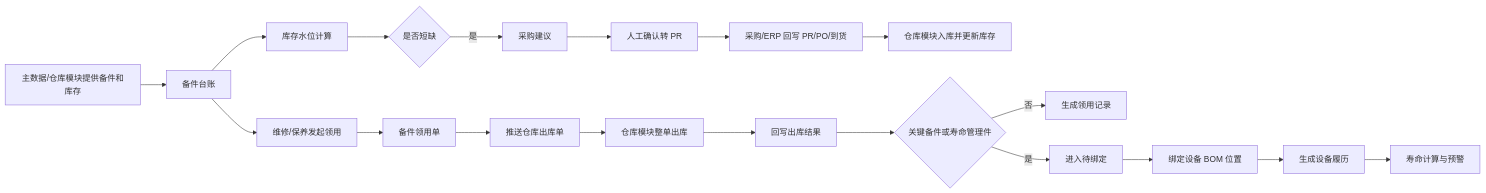
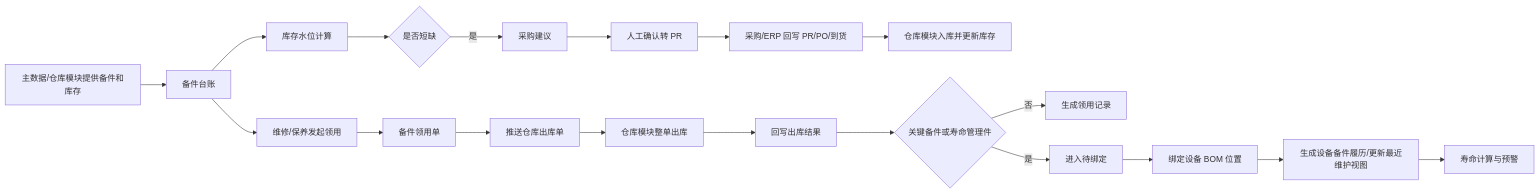
One commit to front-yummy/equipment-management-standard changed the diagram in 需求分析/05-备件管理.md. Above: the diagram before and after it, drawn with Mermaid. The commit also changed other lines of this file and 40 other files, not shown here.

````diff
--- a/需求分析/05-备件管理.md
+++ b/需求分析/05-备件管理.md
@@ -44,21 +45,21 @@
 ```mermaid
 flowchart LR
     A[主数据/仓库模块提供备件和库存] --> B[备件台账]
     B --> C[库存水位计算]
     C --> D{是否短缺}
     D -->|是| E[采购建议]
     E --> F[人工确认转 PR]
     F --> G[采购/ERP 回写 PR/PO/到货]
     G --> H[仓库模块入库并更新库存]
     B --> I[维修/保养发起领用]
     I --> J[备件领用单]
     J --> K[推送仓库出库单]
     K --> L[仓库模块整单出库]
     L --> M[回写出库结果]
     M --> N{关键备件或寿命管理件}
     N -->|否| O[生成领用记录]
     N -->|是| P[进入待绑定]
     P --> Q[绑定设备 BOM 位置]
-    Q --> R[生成设备履历]
+    Q --> R[生成设备备件履历/更新最近维护视图]
     R --> S[寿命计算与预警]
 ```
````
